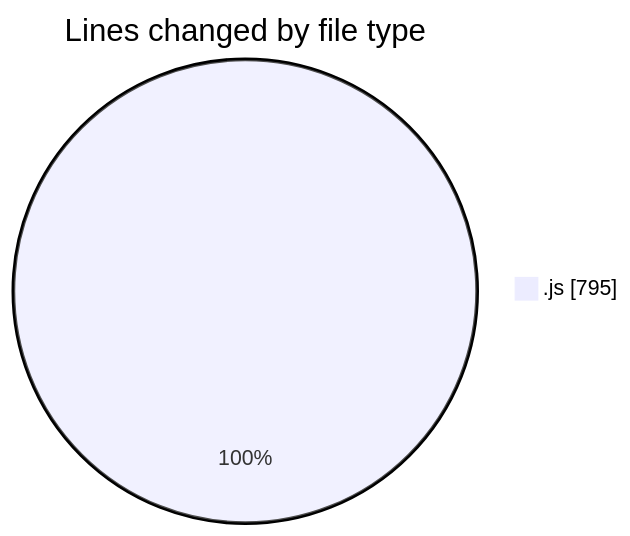
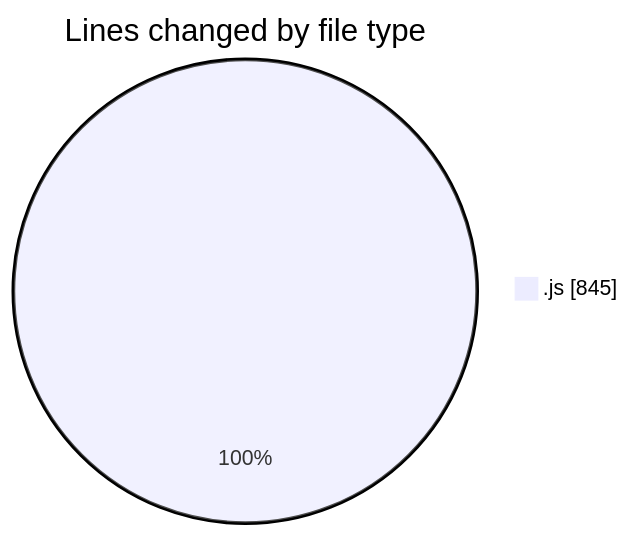
Before and after one commit to nxtqubesakshisongat/code-tracking: the first of 2 diagrams in 2025-06-20/nxtqube_webapp/README.md, drawn with Mermaid. The commit also changed other lines of this file and 1 other file, not shown here.

````diff
--- a/2025-06-20/nxtqube_webapp/README.md
+++ b/2025-06-20/nxtqube_webapp/README.md
@@ -29,5 +29,5 @@
 ```mermaid
 pie showData
 title Lines changed by file type
-".js" : 795
+".js" : 845
 ```
````
